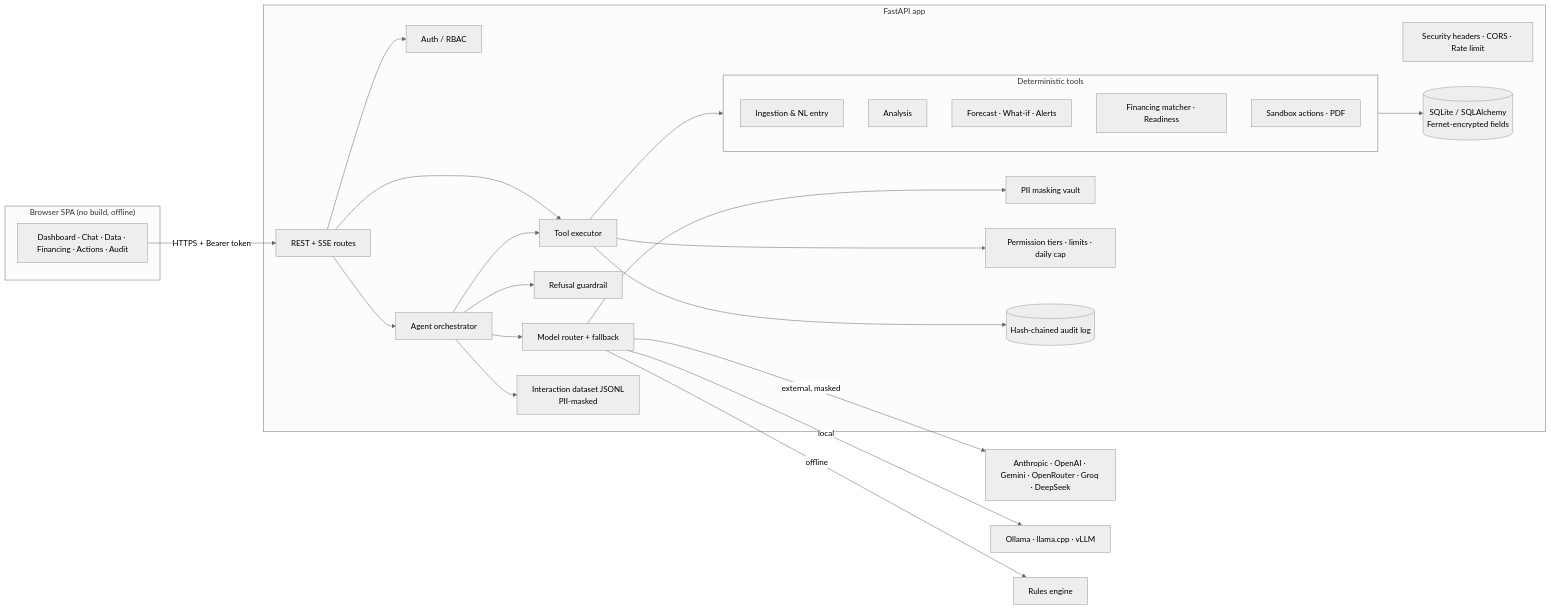
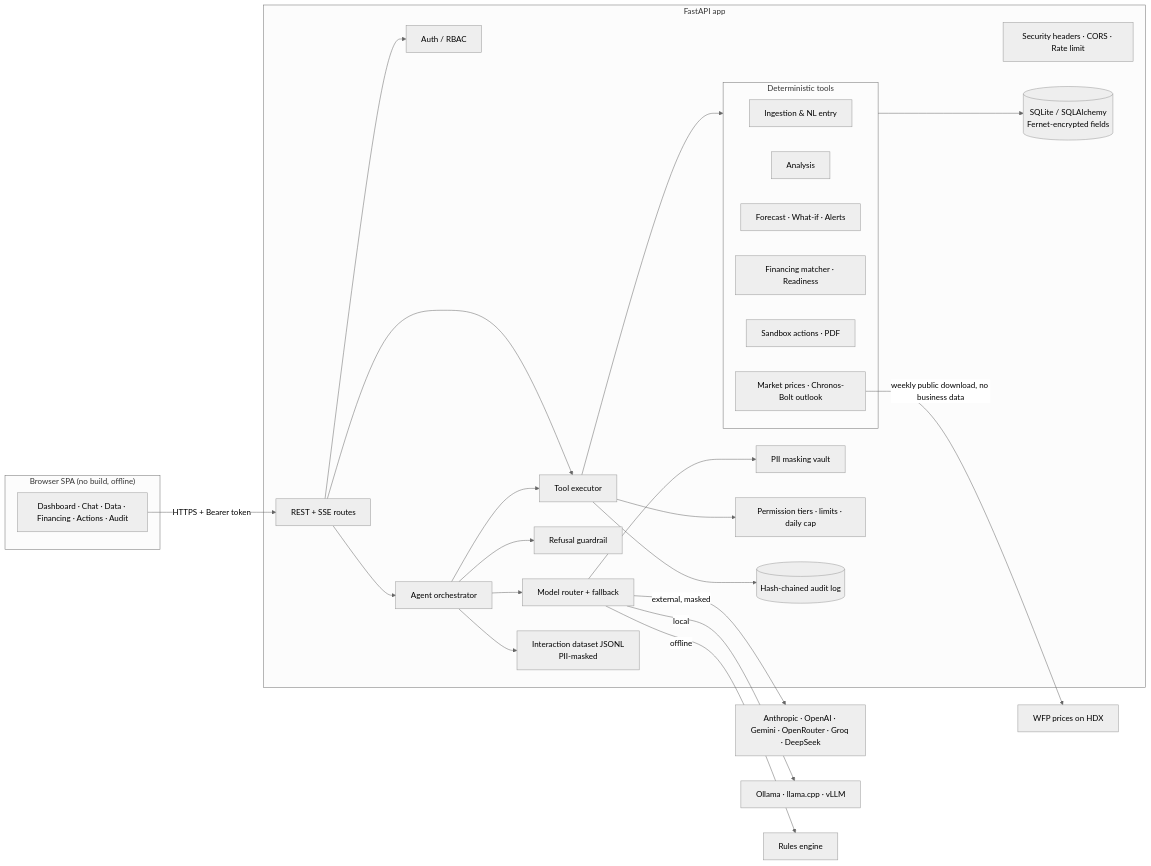
One commit to SazidFaruk-web/sme-finance-copilot changed the first of 3 diagrams in docs/TECHNICAL_DOCUMENTATION.md. Above: the diagram before and after it, drawn with Mermaid (neutral theme). The commit also changed other lines of this file and 6 other files, not shown here.

````diff
--- a/docs/TECHNICAL_DOCUMENTATION.md
+++ b/docs/TECHNICAL_DOCUMENTATION.md
@@ -22,34 +24,36 @@
 ```mermaid
 flowchart LR
   subgraph Client["Browser SPA (no build, offline)"]
     UI[Dashboard · Chat · Data · Financing · Actions · Audit]
   end
   UI -- "HTTPS + Bearer token" --> API
 
   subgraph Server["FastAPI app"]
     MW[Security headers · CORS · Rate limit]
     API[REST + SSE routes] --> AUTH[Auth / RBAC]
     API --> AGENT[Agent orchestrator]
     API --> EXEC
     AGENT --> GUARD[Refusal guardrail]
     AGENT --> ROUTER[Model router + fallback]
     ROUTER --> PII[PII masking vault]
     AGENT --> EXEC[Tool executor]
     EXEC --> PERM[Permission tiers · limits · daily cap]
     EXEC --> TOOLS
     EXEC --> AUDIT[(Hash-chained audit log)]
     subgraph TOOLS["Deterministic tools"]
       ING[Ingestion & NL entry]
       ANA[Analysis]
       FC[Forecast · What-if · Alerts]
       FIN[Financing matcher · Readiness]
       ACT[Sandbox actions · PDF]
+      MKT[Market prices · Chronos-Bolt outlook]
     end
     TOOLS --> DB[(SQLite / SQLAlchemy<br/>Fernet-encrypted fields)]
     AGENT --> TEL[Interaction dataset JSONL<br/>PII-masked]
   end
 
   ROUTER -- external, masked --> CLOUD[Anthropic · OpenAI · Gemini · OpenRouter · Groq · DeepSeek]
   ROUTER -- local --> LOCAL[Ollama · llama.cpp · vLLM]
   ROUTER -- offline --> RULES[Rules engine]
+  MKT -- weekly public download, no business data --> HDX[WFP prices on HDX]
 ```
````
